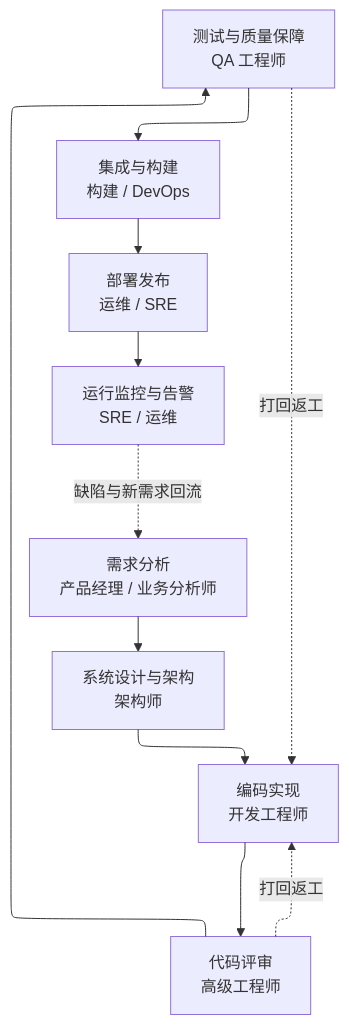
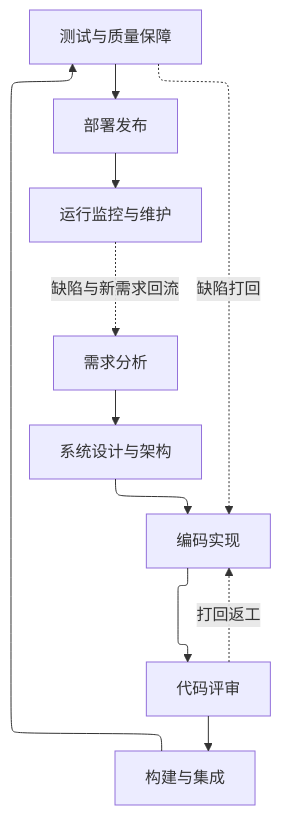
The second of 2 diagrams in chat/AIKnowledgeLabor.md (AI-LLM/Controversy), drawn with Mermaid before and after one commit. The commit also changed other lines of this file and 1 other file, not shown here.

````diff
--- a/chat/AIKnowledgeLabor.md
+++ b/chat/AIKnowledgeLabor.md
@@ -628,17 +628,17 @@
 ```mermaid
 ---
 config:
   layout: elk
 ---
 graph TD
-    R[需求分析<br/>产品经理 / 业务分析师] --> D[系统设计与架构<br/>架构师]
-    D --> C[编码实现<br/>开发工程师]
-    C --> CR[代码评审<br/>高级工程师]
-    CR --> T[测试与质量保障<br/>QA 工程师]
-    T --> IG[集成与构建<br/>构建 / DevOps]
-    IG --> DP[部署发布<br/>运维 / SRE]
-    DP --> MO[运行监控与告警<br/>SRE / 运维]
+    R[需求分析] --> D[系统设计与架构]
+    D --> C[编码实现]
+    C --> CR[代码评审]
+    CR --> IG[构建与集成]
+    IG --> T[测试与质量保障]
+    T --> DP[部署发布]
+    DP --> MO[运行监控与维护]
     CR -. 打回返工 .-> C
-    T -. 打回返工 .-> C
+    T -. 缺陷打回 .-> C
     MO -. 缺陷与新需求回流 .-> R
 ```
````
